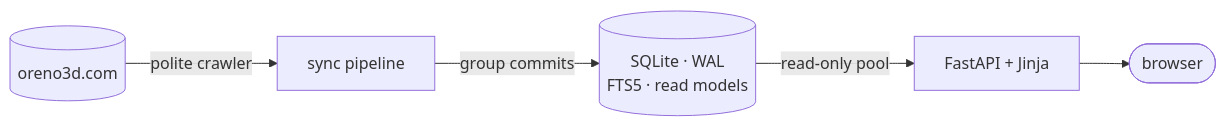
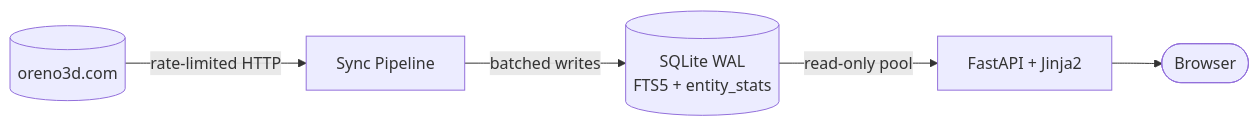
One commit to beautifulrem/iwara-search changed the diagram in README.md. Above: the diagram before and after it, drawn with Mermaid. The commit also changed other lines of this file and 33 other files, not shown here.

````diff
--- a/README.md
+++ b/README.md
@@ -165,7 +170,7 @@
 ```mermaid
 flowchart LR
-    site[(oreno3d.com)] -->|polite crawler| sync[sync pipeline]
-    sync -->|group commits| db[(SQLite · WAL<br/>FTS5 · read models)]
-    db -->|read-only pool| web[FastAPI + Jinja]
-    web --> you([browser])
+    site[(oreno3d.com)] -->|rate-limited HTTP| sync[Sync Pipeline]
+    sync -->|batched writes| db[(SQLite WAL<br/>FTS5 + entity_stats)]
+    db -->|read-only pool| web[FastAPI + Jinja2]
+    web --> client([Browser])
 ```
````
